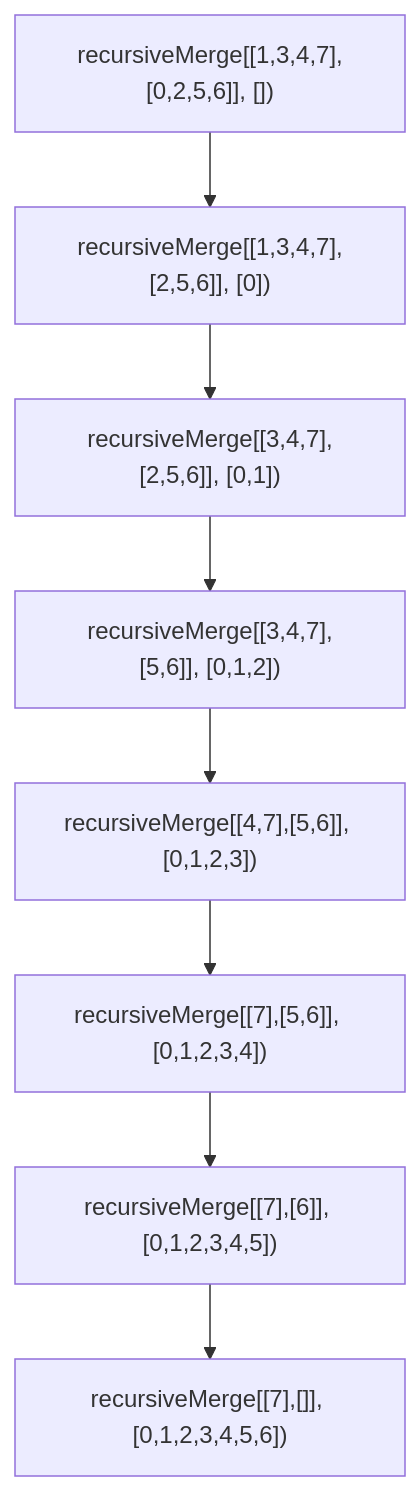
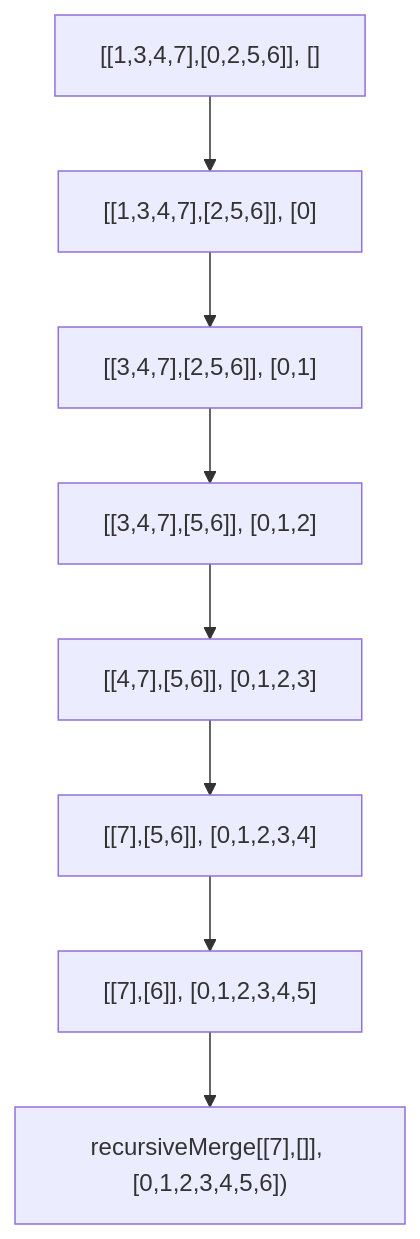
One commit to raganwald/raganwald.github.com changed the second of 2 diagrams in _posts/2018-12-29-ayoayo.md. Above: the diagram before and after it, drawn with Mermaid. The commit also changed other lines of this file, not shown here.

```diff
--- a/_posts/2018-12-29-ayoayo.md
+++ b/_posts/2018-12-29-ayoayo.md
@@ -1362,10 +1362,10 @@
 <div class="mermaid">
   graph TD
-    a["recursiveMerge[[1,3,4,7],[0,2,5,6]], [])"] --> b
-    b["recursiveMerge[[1,3,4,7],[2,5,6]], [0])"]  --> c
-    c["recursiveMerge[[3,4,7],[2,5,6]], [0,1])"]  --> d
-    d["recursiveMerge[[3,4,7],[5,6]], [0,1,2])"]  --> e
-    e["recursiveMerge[[4,7],[5,6]], [0,1,2,3])"]  --> f
-    f["recursiveMerge[[7],[5,6]], [0,1,2,3,4])"]  --> g
-    g["recursiveMerge[[7],[6]], [0,1,2,3,4,5])"]  --> h["recursiveMerge[[7],[]], [0,1,2,3,4,5,6])"]
+    a["[[1,3,4,7],[0,2,5,6]], []"] --> b
+    b["[[1,3,4,7],[2,5,6]], [0]"]  --> c
+    c["[[3,4,7],[2,5,6]], [0,1]"]  --> d
+    d["[[3,4,7],[5,6]], [0,1,2]"]  --> e
+    e["[[4,7],[5,6]], [0,1,2,3]"]  --> f
+    f["[[7],[5,6]], [0,1,2,3,4]"]  --> g
+    g["[[7],[6]], [0,1,2,3,4,5]"]  --> h["recursiveMerge[[7],[]], [0,1,2,3,4,5,6])"]
 </div>
```
